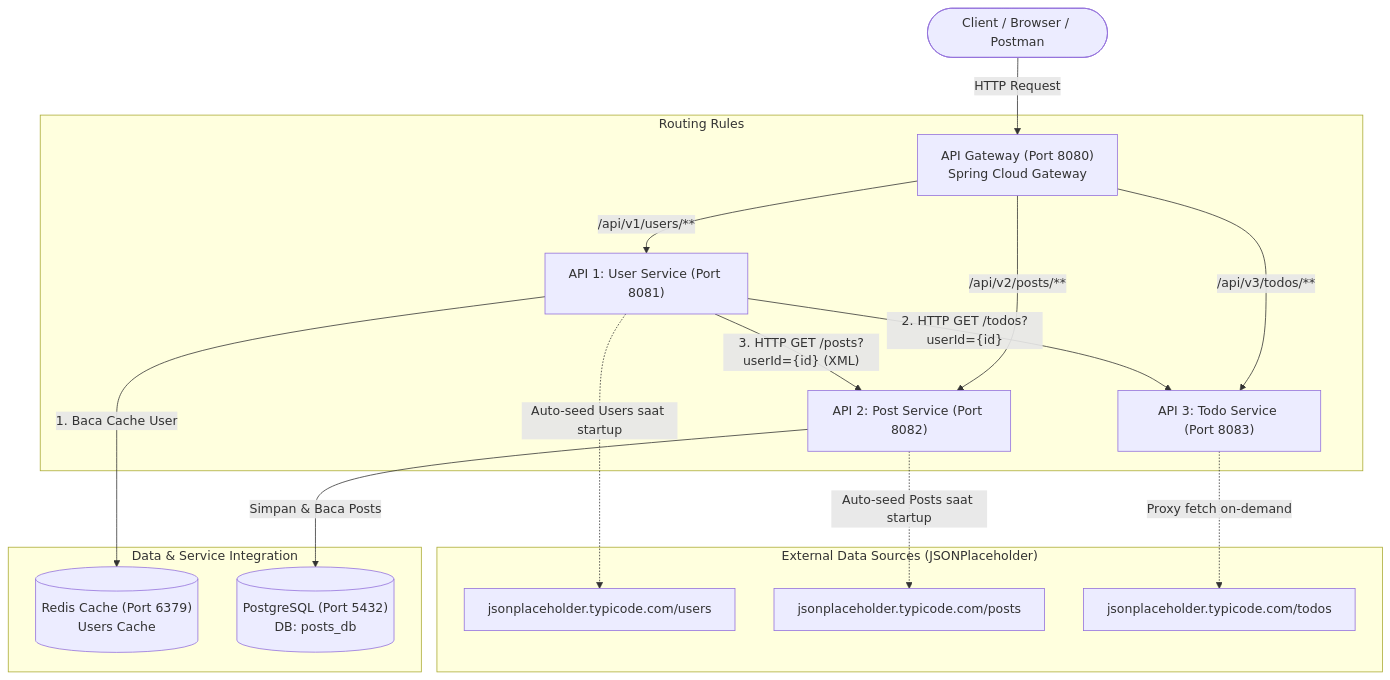
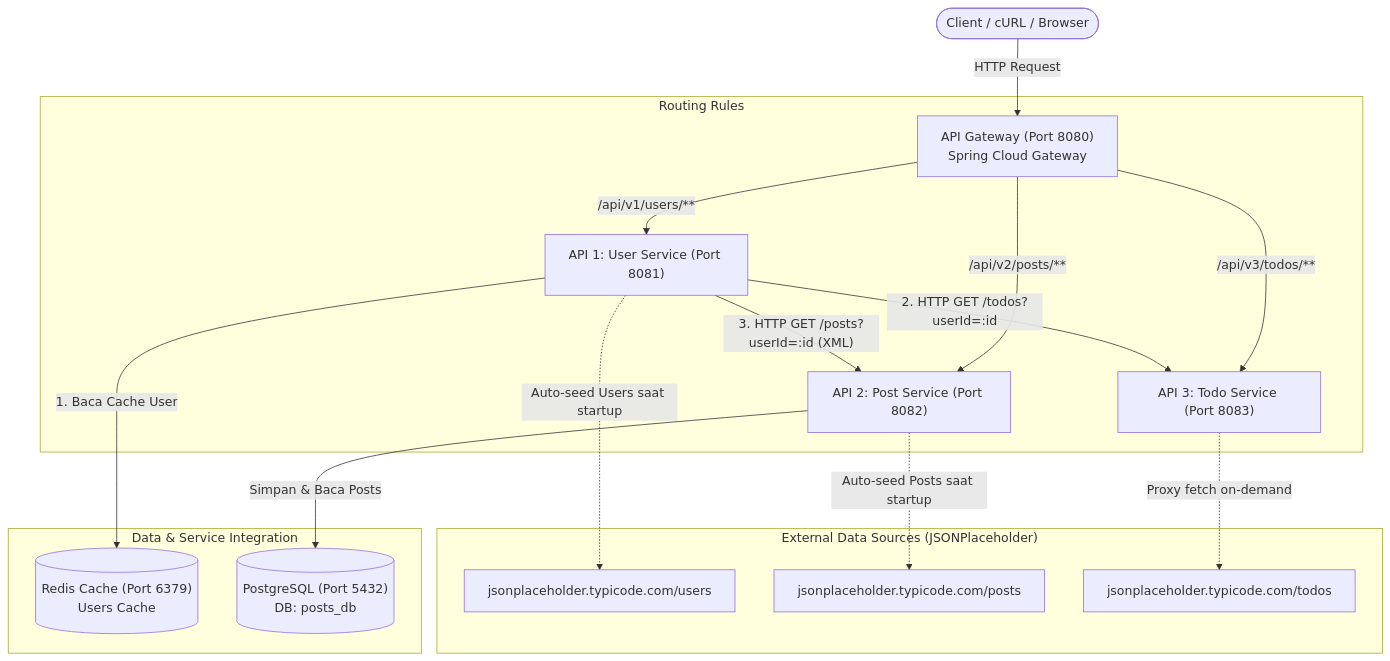
The diagram in README.md (srimuthian13/streamworx-assignment), drawn with Mermaid before and after one commit. The commit also changed other lines of this file, not shown here.

Commit message:
docs: clean up README to strictly match root project and assignment requirements

````diff
--- a/README.md
+++ b/README.md
@@ -11,24 +11,24 @@
 ```mermaid
 flowchart TD
-    Client(["Client / Browser / Postman"]) -->|HTTP Request| Gateway["API Gateway (Port 8080)<br/>Spring Cloud Gateway"]
+    Client(["Client / cURL / Browser"]) -->|HTTP Request| Gateway["API Gateway (Port 8080)<br/>Spring Cloud Gateway"]
     
     subgraph Routing ["Routing Rules"]
         Gateway -->|/api/v1/users/**| API1["API 1: User Service (Port 8081)"]
         Gateway -->|/api/v2/posts/**| API2["API 2: Post Service (Port 8082)"]
         Gateway -->|/api/v3/todos/**| API3["API 3: Todo Service (Port 8083)"]
     end
 
     subgraph Internal_Interactions ["Data & Service Integration"]
         API1 -->|"1. Baca Cache User"| Redis[("Redis Cache (Port 6379)<br/>Users Cache")]
-        API1 -->|"2. HTTP GET /todos?userId={id}"| API3
-        API1 -->|"3. HTTP GET /posts?userId={id} (XML)"| API2
+        API1 -->|"2. HTTP GET /todos?userId=:id"| API3
+        API1 -->|"3. HTTP GET /posts?userId=:id (XML)"| API2
         
-        API2 -->|Simpan & Baca Posts| Postgres[("PostgreSQL (Port 5432)<br/>DB: posts_db")]
+        API2 -->|"Simpan & Baca Posts"| Postgres[("PostgreSQL (Port 5432)<br/>DB: posts_db")]
     end
 
     subgraph External_Sources ["External Data Sources (JSONPlaceholder)"]
         API1 -.->|Auto-seed Users saat startup| JP_Users["jsonplaceholder.typicode.com/users"]
         API2 -.->|Auto-seed Posts saat startup| JP_Posts["jsonplaceholder.typicode.com/posts"]
         API3 -.->|Proxy fetch on-demand| JP_Todos["jsonplaceholder.typicode.com/todos"]
     end
 ```
````
